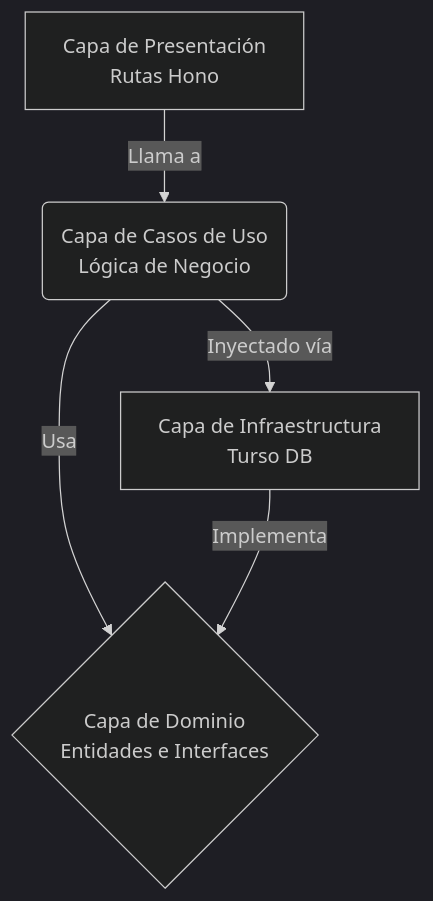
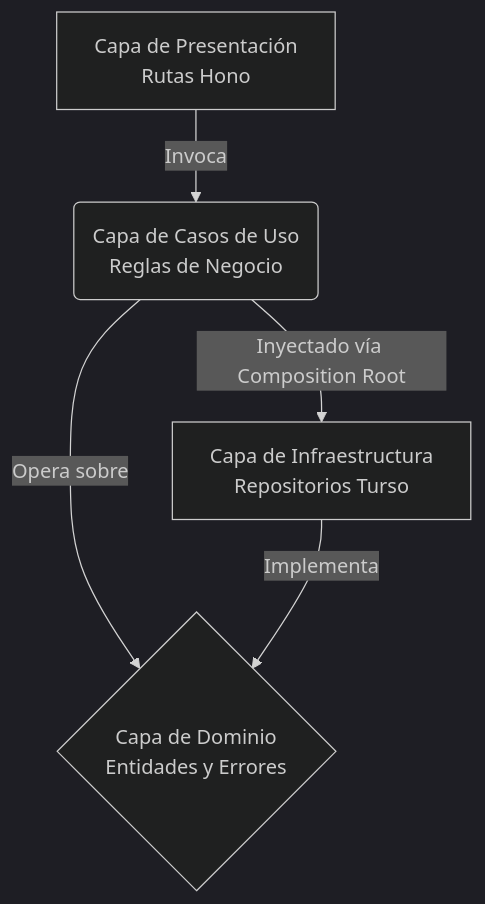
One commit to TecTroncoso/Black-Mirror changed the diagram in README.es.md. Above: the diagram before and after it, drawn with Mermaid (dark theme). The commit also changed other lines of this file and 1 other file, not shown here.

Commit message:
Docs: Enhance READMEs with professional formatting and deeper architecture explanations

````diff
--- a/README.es.md
+++ b/README.es.md
@@ -76,7 +41,7 @@
 ```mermaid
 graph TD
-    A[Capa de Presentación<br/>Rutas Hono] -->|Llama a| B(Capa de Casos de Uso<br/>Lógica de Negocio)
-    B -->|Usa| C{Capa de Dominio<br/>Entidades e Interfaces}
-    D[Capa de Infraestructura<br/>Turso DB] -->|Implementa| C
-    B -->|Inyectado vía| D
+    A[Capa de Presentación<br/>Rutas Hono] -->|Invoca| B(Capa de Casos de Uso<br/>Reglas de Negocio)
+    B -->|Opera sobre| C{Capa de Dominio<br/>Entidades y Errores}
+    D[Capa de Infraestructura<br/>Repositorios Turso] -->|Implementa| C
+    B -->|Inyectado vía Composition Root| D
 ```
````
